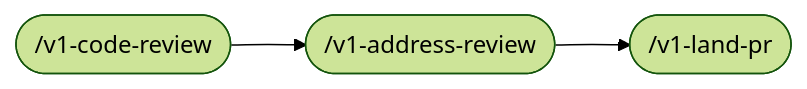
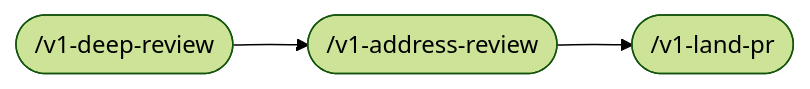
One commit to v1-io/v1tamins changed the fourth of 6 diagrams in README.md. Above: the diagram before and after it, drawn with Mermaid (forest theme). The commit also changed other lines of this file and 15 other files, not shown here.

First line of the commit message:
Fold v1-code-review into v1-deep-review as the single review skill

````diff
--- a/README.md
+++ b/README.md
@@ -332,8 +330,8 @@
 ```mermaid
 flowchart LR
-  A([/v1-code-review]) --> B([/v1-address-review])
+  A([/v1-deep-review]) --> B([/v1-address-review])
   B --> C([/v1-land-pr])
-  click A href "./plugins/v1tamins/skills/v1-code-review/SKILL.md"
+  click A href "./plugins/v1tamins/skills/v1-deep-review/SKILL.md"
   click B href "./plugins/v1tamins/skills/v1-address-review/SKILL.md"
   click C href "./plugins/v1tamins/skills/v1-land-pr/SKILL.md"
 ```
````
